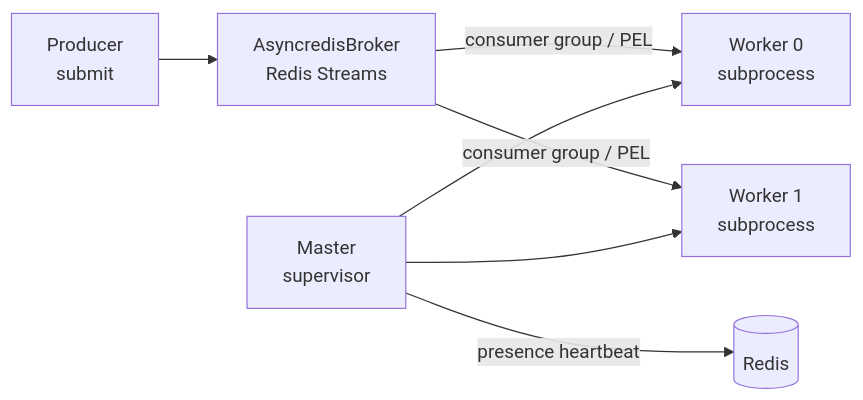
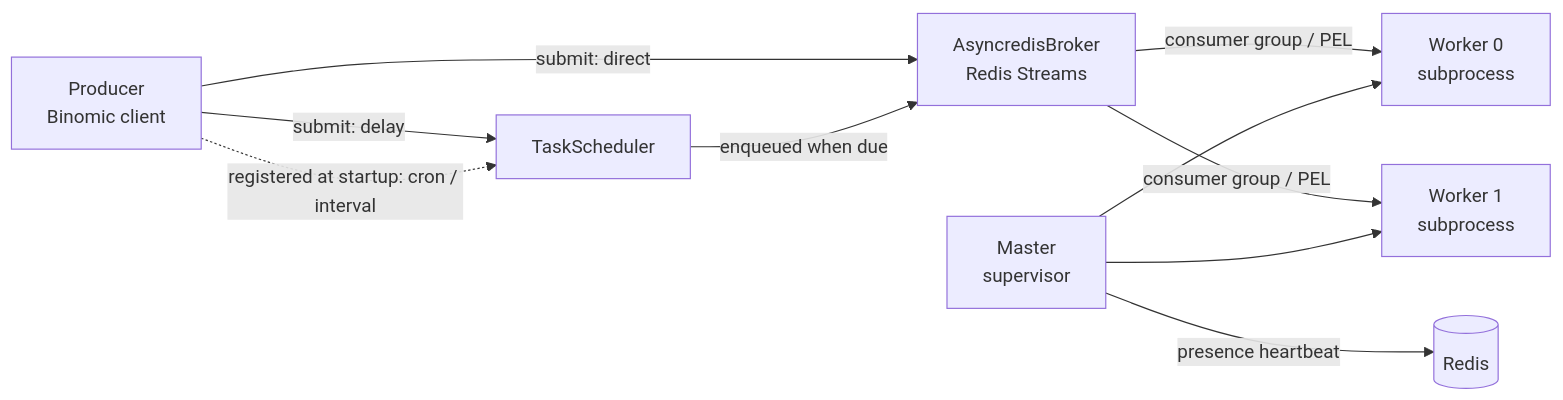
One commit to Ahsen17/binomic changed the diagram in docs/en/guide/architecture.md. Above: the diagram before and after it, drawn with Mermaid. The commit also changed other lines of this file and 1 other file, not shown here.

First line of the commit message:
docs: describe the scheduler and per-mode submission in the architecture

````diff
--- a/docs/en/guide/architecture.md
+++ b/docs/en/guide/architecture.md
@@ -3,9 +3,12 @@
 ```{mermaid}
 flowchart LR
-    P[Producer<br>submit] --> B[AsyncredisBroker<br>Redis Streams]
+    P[Producer<br>Binomic client] -->|submit: direct| B[AsyncredisBroker<br>Redis Streams]
+    P -->|submit: delay| S[TaskScheduler]
+    P -.->|registered at startup: cron / interval| S
+    S -->|enqueued when due| B
     B -->|consumer group / PEL| W1[Worker 0<br>subprocess]
     B -->|consumer group / PEL| W2[Worker 1<br>subprocess]
     M[Master<br>supervisor] --> W1
     M --> W2
     M -->|presence heartbeat| R[(Redis)]
 ```
````
